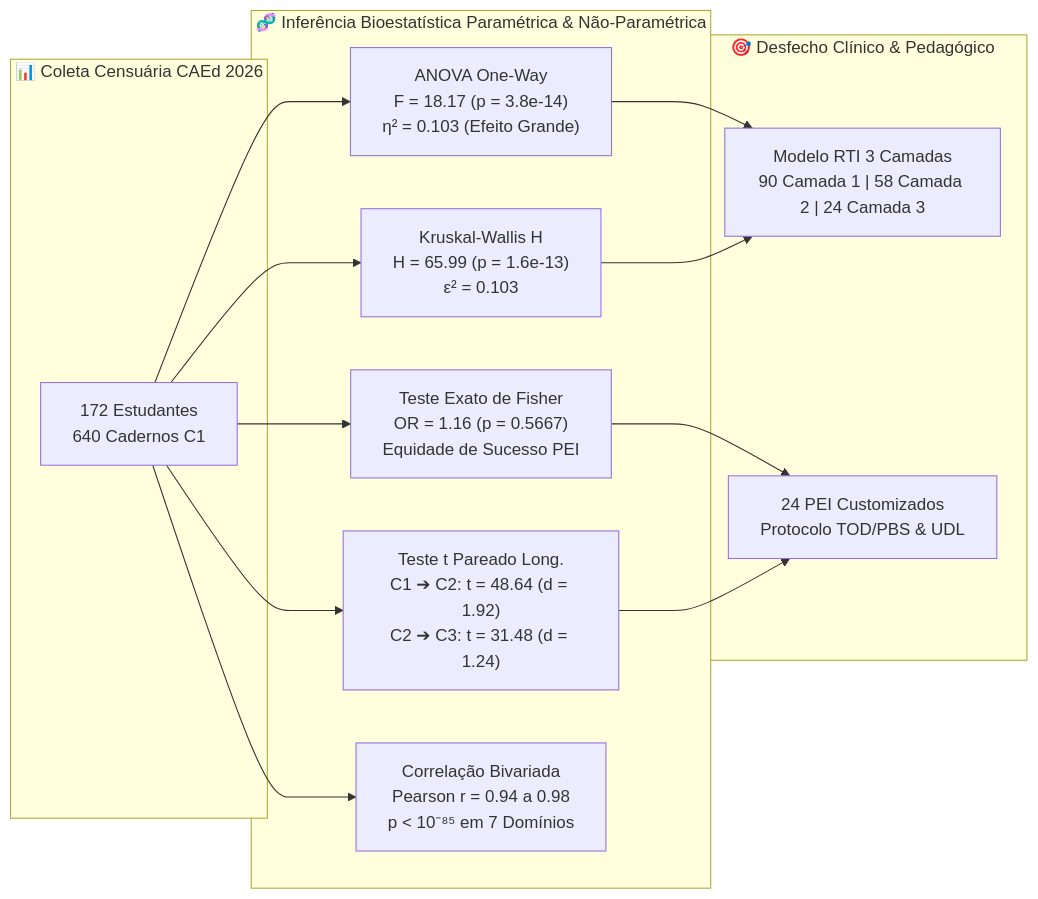
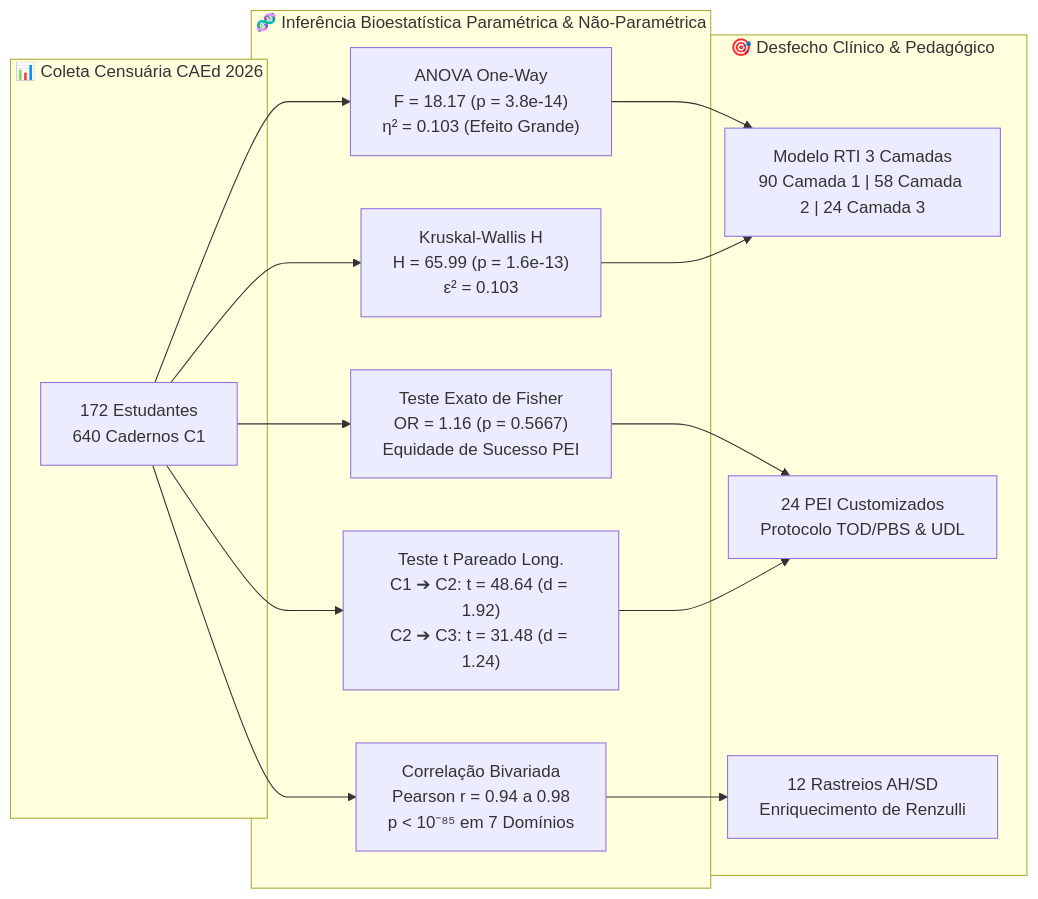
One commit to MarceloClaro/AiramVeras changed the second of 14 diagrams in README.md. Above: the diagram before and after it, drawn with Mermaid. The commit also changed other lines of this file and 12 other files, not shown here.

````diff
--- a/README.md
+++ b/README.md
@@ -154,23 +154,25 @@
 ```mermaid
 graph LR
     subgraph DADOS ["📊 Coleta Censuária CAEd 2026"]
         N172["172 Estudantes<br>640 Cadernos C1"]
     end
 
     subgraph BIOESTAT ["🧬 Inferência Bioestatística Paramétrica & Não-Paramétrica"]
         ANOVA["ANOVA One-Way<br>F = 18.17 (p = 3.8e-14)<br>η² = 0.103 (Efeito Grande)"]
         KRUSKAL["Kruskal-Wallis H<br>H = 65.99 (p = 1.6e-13)<br>ε² = 0.103"]
         FISHER["Teste Exato de Fisher<br>OR = 1.16 (p = 0.5667)<br>Equidade de Sucesso PEI"]
         PAIRED_T["Teste t Pareado Long.<br>C1 ➔ C2: t = 48.64 (d = 1.92)<br>C2 ➔ C3: t = 31.48 (d = 1.24)"]
         CORR["Correlação Bivariada<br>Pearson r = 0.94 a 0.98<br>p < 10⁻⁸⁵ em 7 Domínios"]
     end
 
     subgraph DECISAO ["🎯 Desfecho Clínico & Pedagógico"]
         RTI["Modelo RTI 3 Camadas<br>90 Camada 1 | 58 Camada 2 | 24 Camada 3"]
         PEI["24 PEI Customizados<br>Protocolo TOD/PBS & UDL"]
+        AHSD["12 Rastreios AH/SD<br>Enriquecimento de Renzulli"]
     end
 
     N172 --> ANOVA & KRUSKAL & FISHER & PAIRED_T & CORR
     ANOVA & KRUSKAL --> RTI
     FISHER & PAIRED_T --> PEI
+    CORR --> AHSD
 ```
````
